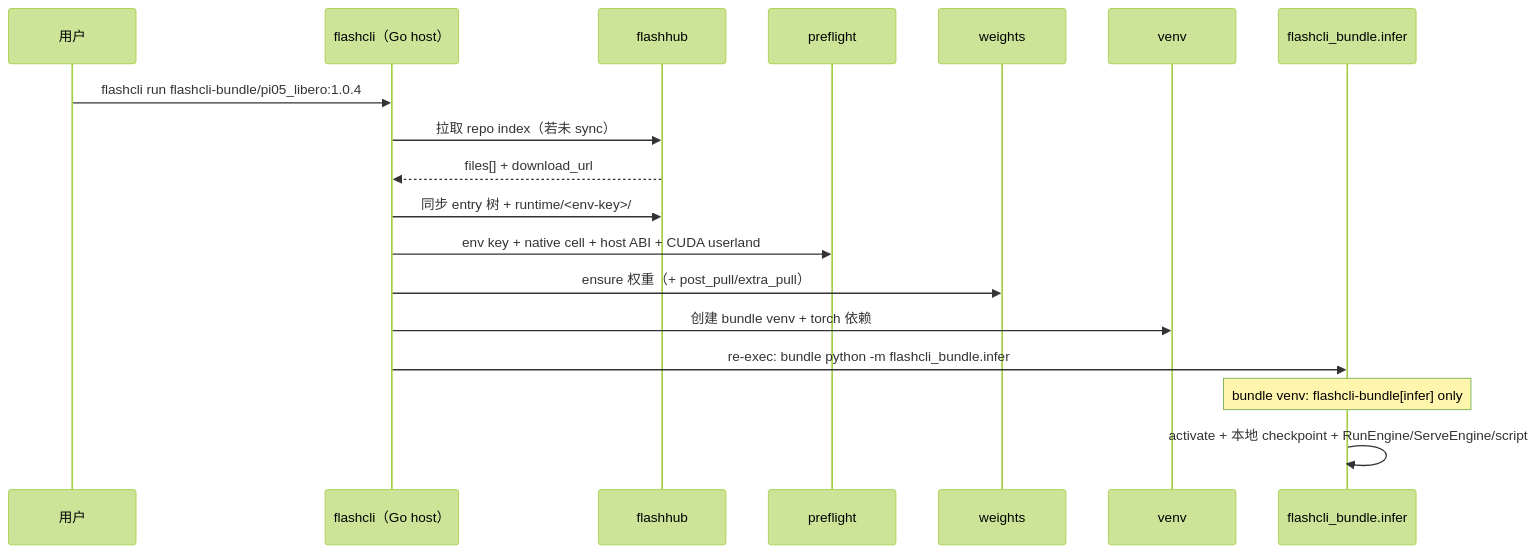
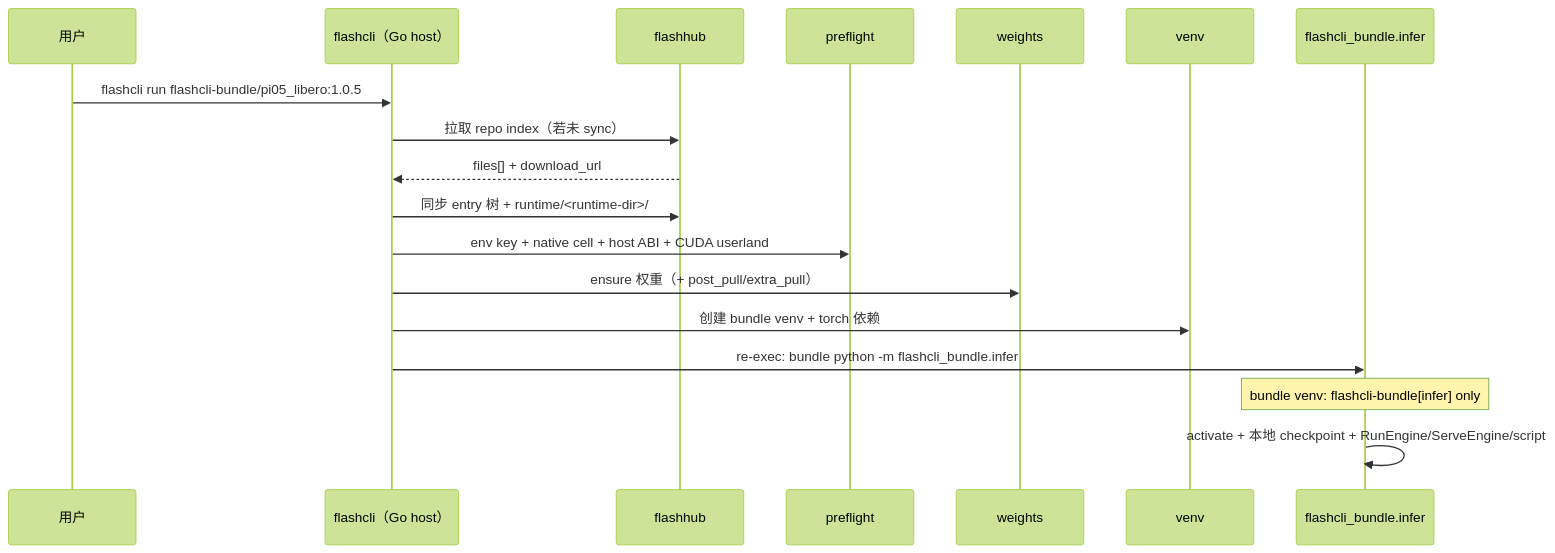
Before and after one commit to aodianyun/flashcli: the diagram in docs/architecture.zh-CN.md, drawn with Mermaid (forest theme). The commit also changed other lines of this file and 219 other files, not shown here.

````diff
--- a/docs/architecture.zh-CN.md
+++ b/docs/architecture.zh-CN.md
@@ -71,21 +71,21 @@
 ```mermaid
 sequenceDiagram
   participant U as 用户
   participant CLI as flashcli（Go host）
   participant FH as flashhub
   participant Pre as preflight
   participant W as weights
   participant Venv as venv
   participant Infer as flashcli_bundle.infer
 
-  U->>CLI: flashcli run flashcli-bundle/pi05_libero:1.0.4
+  U->>CLI: flashcli run flashcli-bundle/pi05_libero:1.0.5
   CLI->>FH: 拉取 repo index（若未 sync）
   FH-->>CLI: files[] + download_url
-  CLI->>FH: 同步 entry 树 + runtime/<env-key>/
+  CLI->>FH: 同步 entry 树 + runtime/<runtime-dir>/
   CLI->>Pre: env key + native cell + host ABI + CUDA userland
   CLI->>W: ensure 权重（+ post_pull/extra_pull）
   CLI->>Venv: 创建 bundle venv + torch 依赖
   CLI->>Infer: re-exec: bundle python -m flashcli_bundle.infer
   Note over Infer: bundle venv: flashcli-bundle[infer] only
   Infer->>Infer: activate + 本地 checkpoint + RunEngine/ServeEngine/script
 ```
````
